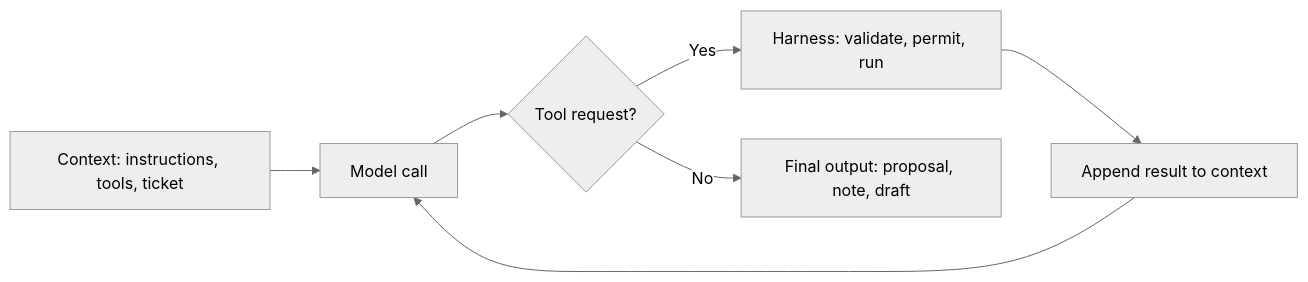
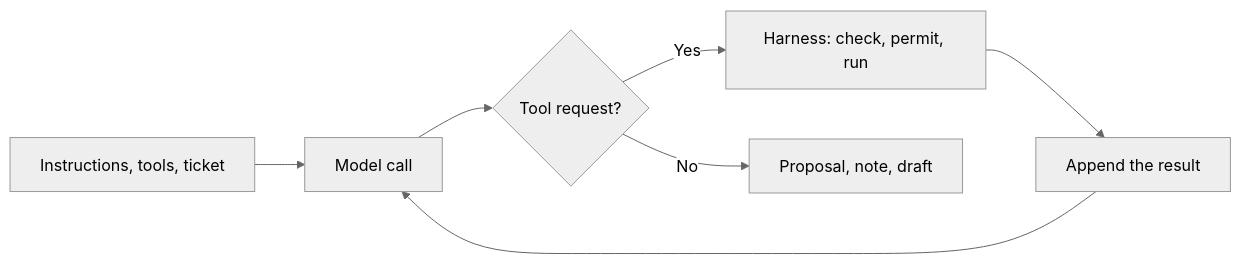
One commit to tharungajula2/loud-recall changed the first of 2 diagrams in content/ai-stack-volume-3-the-agent.md. Above: the diagram before and after it, drawn with Mermaid (neutral theme). The commit also changed other lines of this file and 17 other files, not shown here.

Commit message:
AI-first home: masterclass path, articles, guest lectures; rebuilt AI Stack vols 1-4; first article; lazy-load Mermaid

````diff
--- a/content/ai-stack-volume-3-the-agent.md
+++ b/content/ai-stack-volume-3-the-agent.md
@@ -159,9 +167,9 @@
 ```mermaid
 flowchart LR
-    A[Context: instructions, tools, ticket] --> B[Model call]
+    A[Instructions, tools, ticket] --> B[Model call]
     B --> C{Tool request?}
-    C -->|Yes| D[Harness: validate, permit, run]
-    D --> E[Append result to context]
+    C -->|Yes| D[Harness: check, permit, run]
+    D --> E[Append the result]
     E --> B
-    C -->|No| F[Final output: proposal, note, draft]
+    C -->|No| F[Proposal, note, draft]
 ```
````
